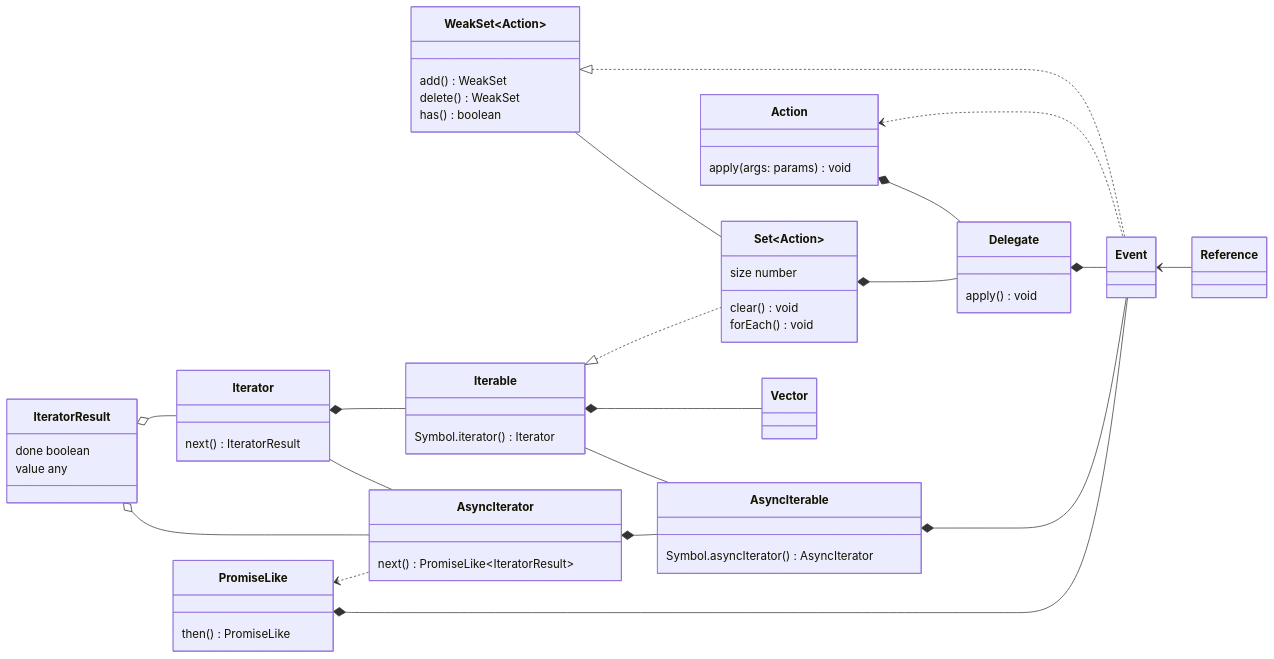
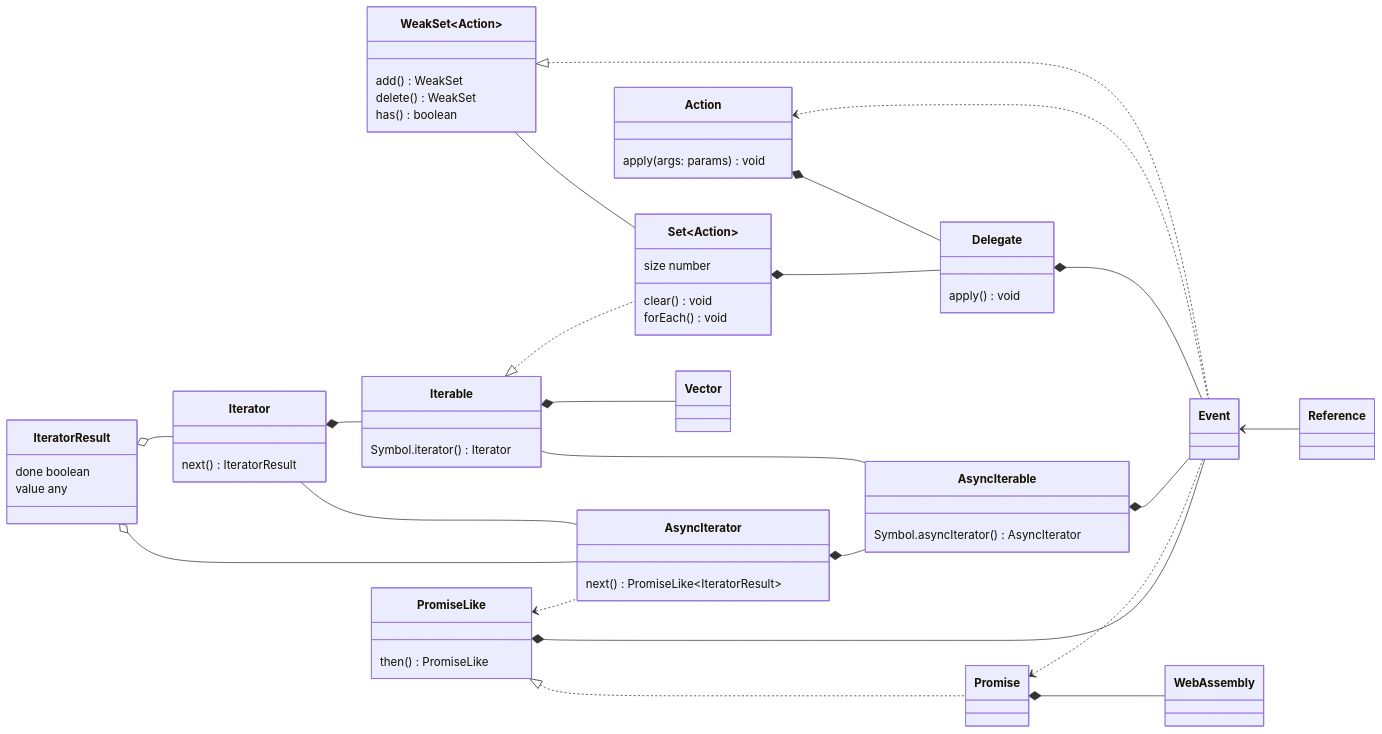
One commit to domrally/peekeasy changed the fifth of 5 diagrams in README.md. Above: the diagram before and after it, drawn with Mermaid.

````diff
--- a/README.md
+++ b/README.md
@@ -224,62 +224,65 @@
 ```mermaid
 classDiagram
     direction LR
     PromiseLike *-- Event
+    Promise <.. Event
     PromiseLike <.. AsyncIterator
+    PromiseLike <|.. Promise
+	 Promise *-- WebAssembly
     IteratorResult o-- AsyncIterator
     Iterator -- AsyncIterator
     AsyncIterator *-- AsyncIterable
     Iterable -- AsyncIterable
     AsyncIterable *-- Event
     IteratorResult o-- Iterator
     Iterator *-- Iterable
     Iterable <|.. Set~Action~
     Delegate *-- Event
     Action <.. Event
     Set~Action~ *-- Delegate
     Action *-- Delegate
     WeakSet~Action~ -- Set~Action~
     WeakSet~Action~ <|.. Event
     Event <-- Reference
     Iterable *-- Vector
     class IteratorResult {
         done boolean
         value any
     }
     class AsyncIterable {
         Symbol.asyncIterator() AsyncIterator
     }
     class Iterable {
         Symbol.iterator() Iterator
     }
     class Iterator {
         next() IteratorResult
     }
     class AsyncIterator {
         next() PromiseLike~IteratorResult~
     }
     class PromiseLike {
         then() PromiseLike
     }
     class WeakSet {
         add() WeakSet
         delete() WeakSet
         has() boolean
     }
     class Set {
         size number
         clear() void
         forEach() void
     }
     class Action {
         apply(args: params) void
     }
     class Delegate {
         apply() void
     }
     link Delegate "https://github.com/domrally/peekeasy/blob/main/src/delegate.ts" "delegate.ts"
     class Event
     link Event "https://github.com/domrally/peekeasy/blob/main/src/event.ts" "event.ts"
     class Vector
     link Vector "https://github.com/domrally/peekeasy/blob/main/src/vector.ts" "vector.ts"
 ```
````
